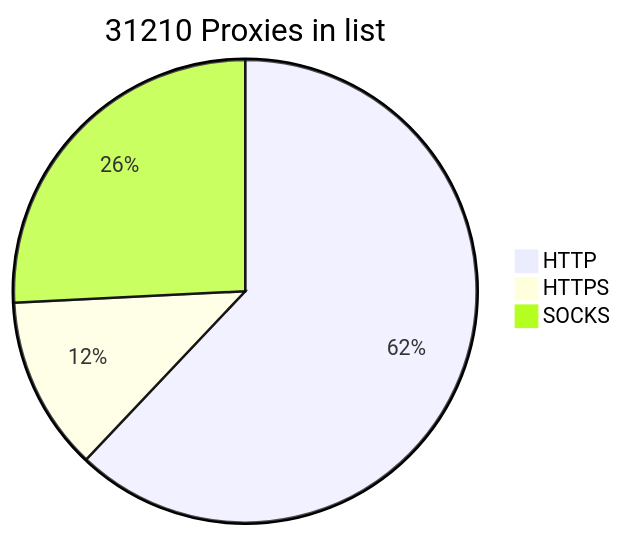
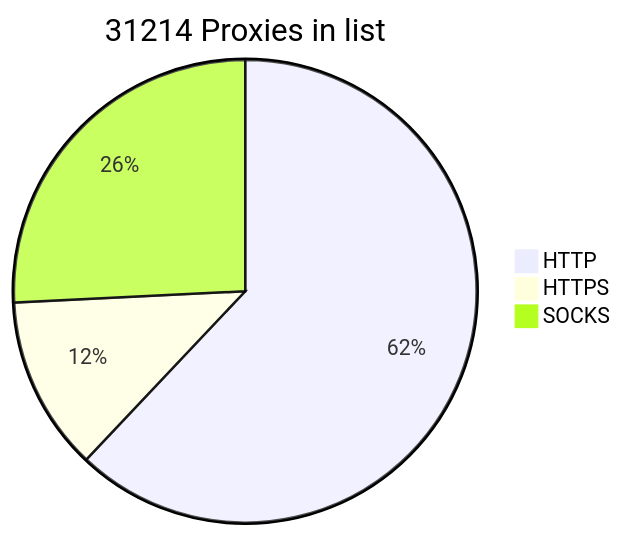
The diagram in README.md (BlackSnowDot/proxylist-update-every-minute), drawn with Mermaid before and after one commit.

````diff
--- a/README.md
+++ b/README.md
@@ -2,6 +2,6 @@
 ```mermaid
-pie title 31210 Proxies in list
+pie title 31214 Proxies in list
     "HTTP" : 21306
-    "HTTPS": 4177
+    "HTTPS": 4182
     "SOCKS" : 8853
 ```
````
